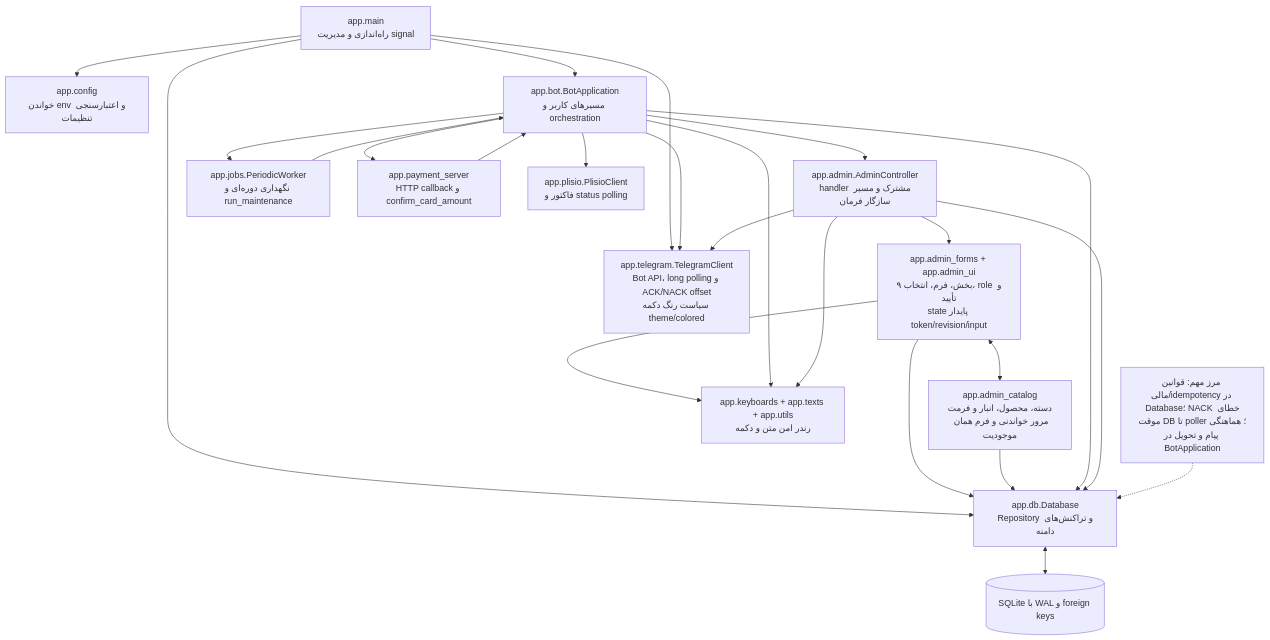
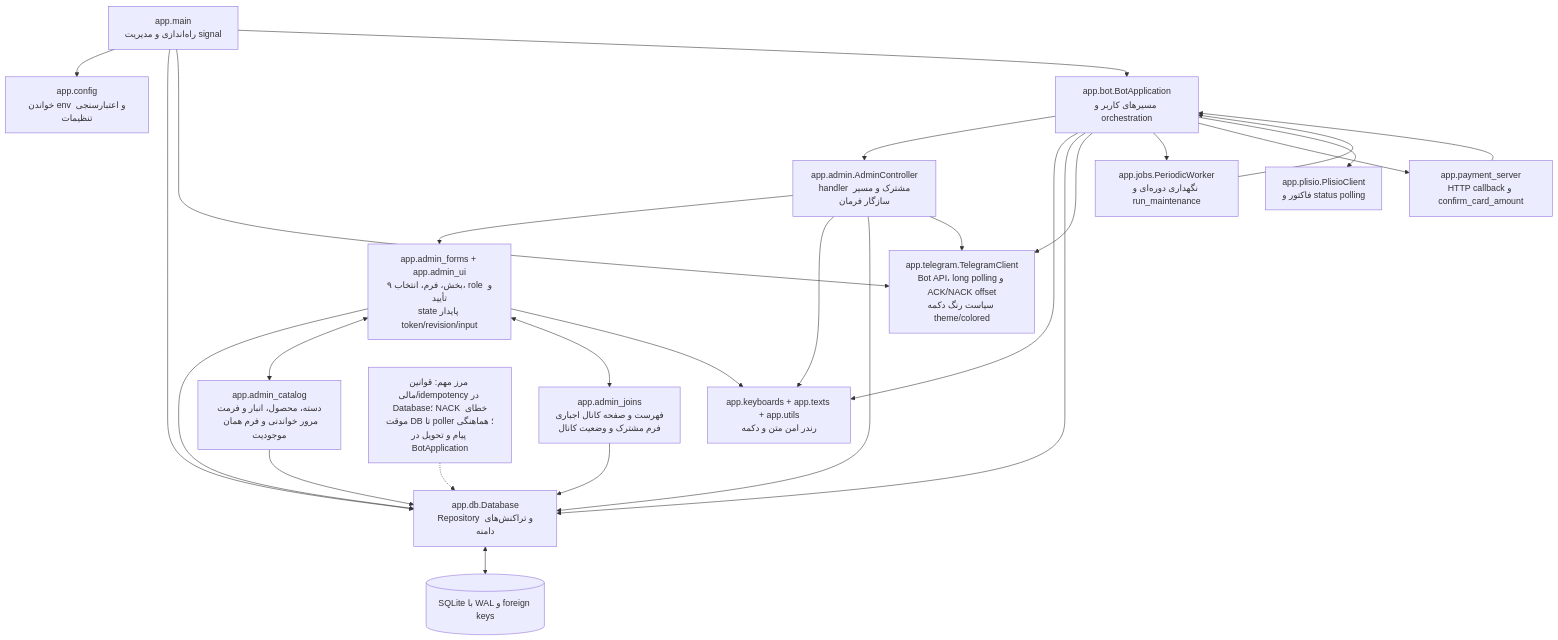
One commit to mohamadkheiry/aibotTelegram changed the diagram in docs/diagrams/02-component-architecture.mmd. Above: the diagram before and after it, drawn with Mermaid. The commit also changed 28 other files, not shown here.

```diff
--- a/docs/diagrams/02-component-architecture.mmd
+++ b/docs/diagrams/02-component-architecture.mmd
@@ -1,40 +1,43 @@
 flowchart TB
     Entry["app.main<br/>راه‌اندازی و مدیریت signal"]
     Config["app.config<br/>خواندن env و اعتبارسنجی تنظیمات"]
     Bot["app.bot.BotApplication<br/>مسیرهای کاربر و orchestration"]
     Admin["app.admin.AdminController<br/>handler مشترک و مسیر سازگار فرمان"]
     Forms["app.admin_forms + app.admin_ui<br/>۹ بخش، فرم، انتخاب، role و تأیید<br/>state پایدار token/revision/input"]
     Catalog["app.admin_catalog<br/>دسته، محصول، انبار و فرمت<br/>مرور خواندنی و فرم همان موجودیت"]
+    Joins["app.admin_joins<br/>فهرست و صفحه کانال اجباری<br/>فرم مشترک و وضعیت کانال"]
     UI["app.keyboards + app.texts + app.utils<br/>رندر امن متن و دکمه"]
     Repo["app.db.Database<br/>Repository و تراکنش‌های دامنه"]
     TG["app.telegram.TelegramClient<br/>Bot API، long polling و ACK/NACK offset<br/>سیاست رنگ دکمه theme/colored"]
     Worker["app.jobs.PeriodicWorker<br/>نگهداری دوره‌ای و run_maintenance"]
     Card["app.payment_server<br/>HTTP callback و confirm_card_amount"]
     Crypto["app.plisio.PlisioClient<br/>فاکتور و status polling"]
     DB[("SQLite با WAL و foreign keys")]
 
     Entry --> Config
     Entry --> Repo
     Entry --> TG
     Entry --> Bot
     Bot --> Admin
     Admin --> Forms
     Forms --> Repo
     Forms <--> Catalog
     Catalog --> Repo
+    Forms <--> Joins
+    Joins --> Repo
     Forms --> UI
     Bot --> UI
     Admin --> UI
     Bot --> Repo
     Admin --> Repo
     Bot --> TG
     Admin --> TG
     Bot --> Worker
     Worker --> Bot
     Bot --> Card
     Card --> Bot
     Bot --> Crypto
     Repo <--> DB
 
     Contract["مرز مهم: قوانین مالی/idempotency در Database؛ NACK خطای موقت DB تا poller؛ هماهنگی پیام و تحویل در BotApplication"]
     Contract -.-> Repo
```
